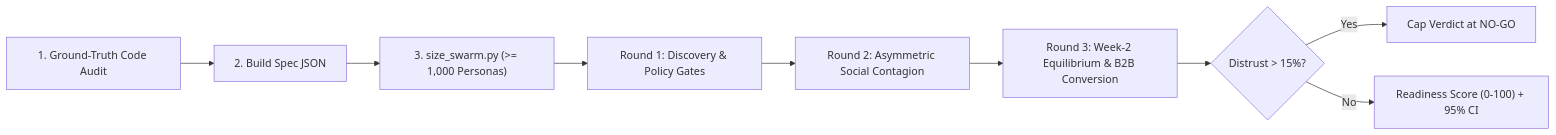
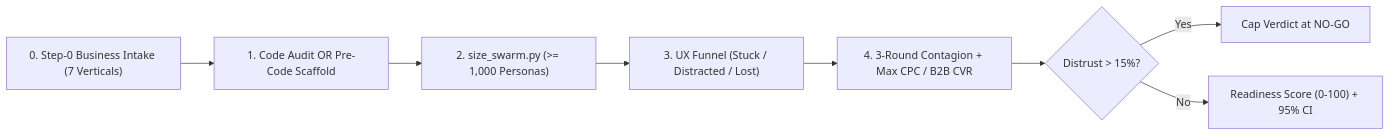
The diagram in README.md (SamGod16/pulse-crowd), drawn with Mermaid before and after one commit. The commit also changed other lines of this file and 14 other files, not shown here.

````diff
--- a/README.md
+++ b/README.md
@@ -68,11 +82,10 @@
 ```mermaid
 flowchart LR
-    A["1. Ground-Truth Code Audit"] --> B["2. Build Spec JSON"]
-    B --> C["3. size_swarm.py (>= 1,000 Personas)"]
-    C --> D["Round 1: Discovery & Policy Gates"]
-    D --> E["Round 2: Asymmetric Social Contagion"]
-    E --> F["Round 3: Week-2 Equilibrium & B2B Conversion"]
-    F --> G{"Distrust > 15%?"}
+    Z["0. Step-0 Business Intake (7 Verticals)"] --> A["1. Code Audit OR Pre-Code Scaffold"]
+    A --> C["2. size_swarm.py (>= 1,000 Personas)"]
+    C --> D["3. UX Funnel (Stuck / Distracted / Lost)"]
+    D --> E["4. 3-Round Contagion + Max CPC / B2B CVR"]
+    E --> G{"Distrust > 15%?"}
     G -->|Yes| H["Cap Verdict at NO-GO"]
     G -->|No| I["Readiness Score (0-100) + 95% CI"]
 ```
````
